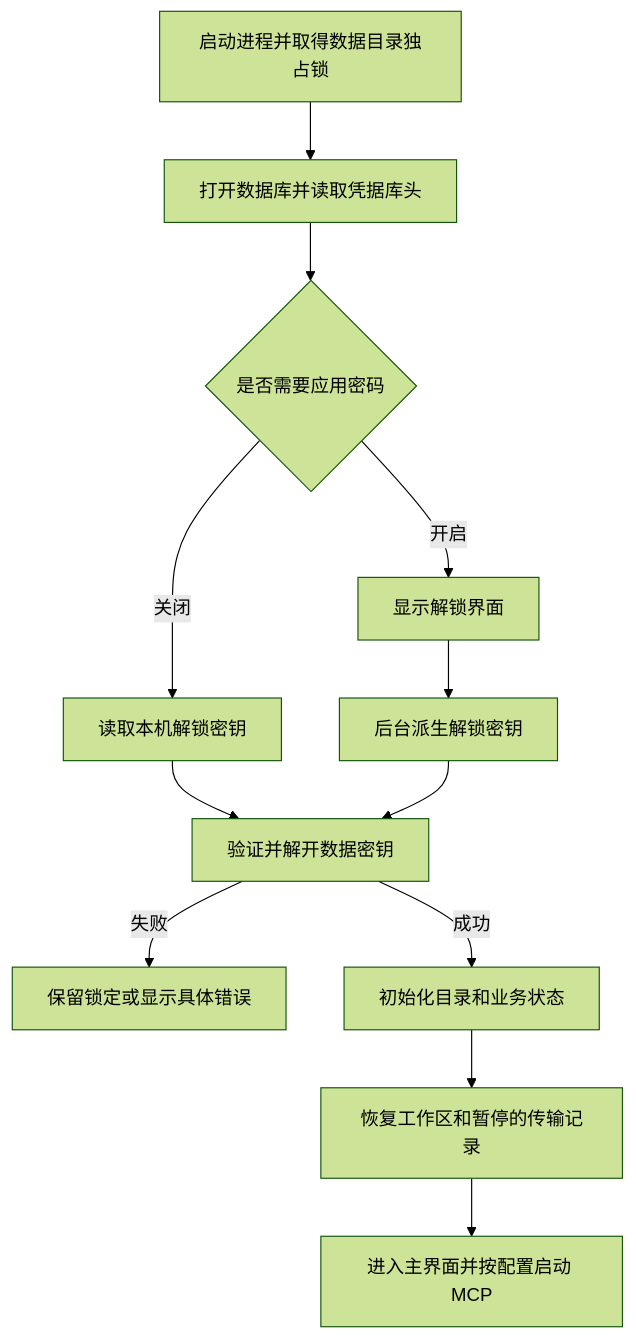
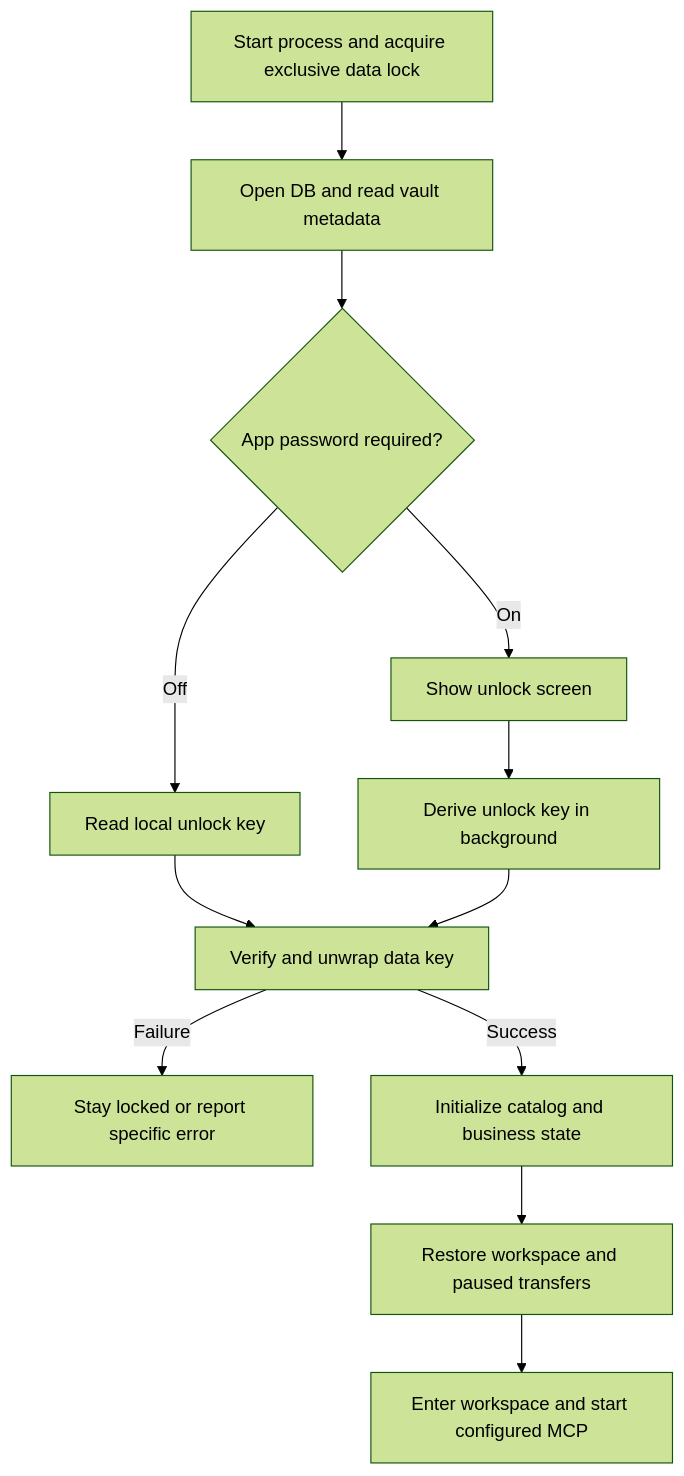
Before and after one commit to zeroy1024/Burrow: the first of 2 diagrams in docs/credential-vault-plan.md, drawn with Mermaid (forest theme). The commit also changed other lines of this file and 55 other files, not shown here.

```diff
--- a/docs/credential-vault-plan.md
+++ b/docs/credential-vault-plan.md
@@ -87,14 +93,14 @@
 ~~~mermaid
 flowchart TD
-    A[启动进程并取得数据目录独占锁] --> B[打开数据库并读取凭据库头]
-    B --> C{是否需要应用密码}
-    C -->|关闭| D[读取本机解锁密钥]
-    C -->|开启| E[显示解锁界面]
-    E --> F[后台派生解锁密钥]
-    D --> G[验证并解开数据密钥]
+    A[Start process and acquire exclusive data lock] --> B[Open DB and read vault metadata]
+    B --> C{App password required?}
+    C -->|Off| D[Read local unlock key]
+    C -->|On| E[Show unlock screen]
+    E --> F[Derive unlock key in background]
+    D --> G[Verify and unwrap data key]
     F --> G
-    G -->|失败| H[保留锁定或显示具体错误]
-    G -->|成功| I[初始化目录和业务状态]
-    I --> J[恢复工作区和暂停的传输记录]
-    J --> K[进入主界面并按配置启动 MCP]
+    G -->|Failure| H[Stay locked or report specific error]
+    G -->|Success| I[Initialize catalog and business state]
+    I --> J[Restore workspace and paused transfers]
+    J --> K[Enter workspace and start configured MCP]
 ~~~
```
